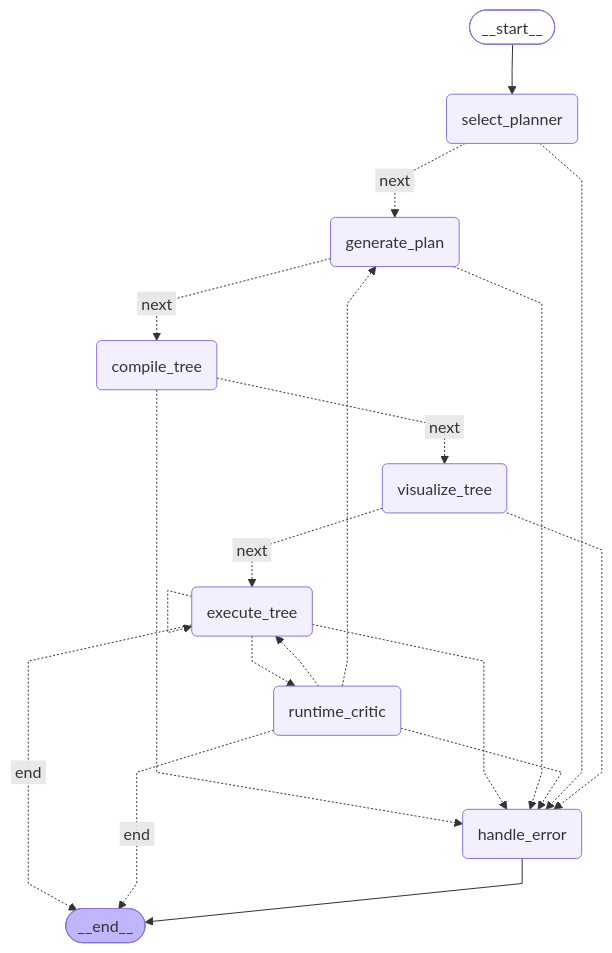
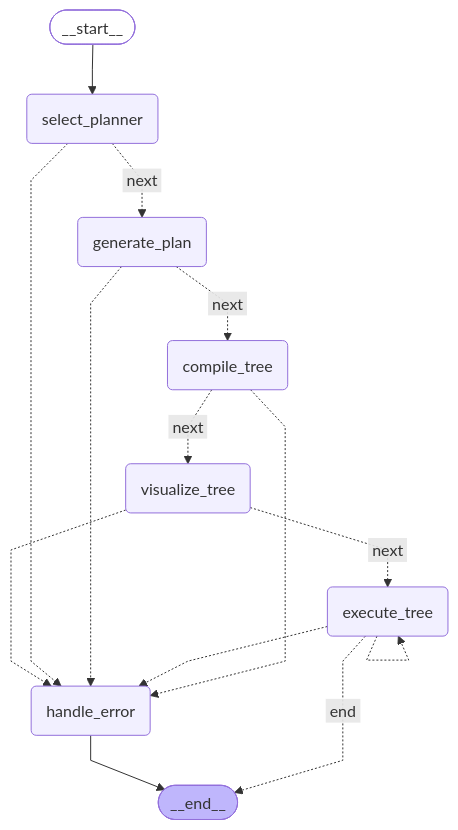
Before and after one commit to bkemp3/AgenticAI-Final-Project-Sandbox: the diagram in Test_Env_1/outputs/graphs/langgraph_pipeline.mmd, drawn with Mermaid. The commit also changed 18 other files, not shown here.

Commit message:
Abstracted out prompts a bit better and made sure graph reflects params.

```diff
--- a/Test_Env_1/outputs/graphs/langgraph_pipeline.mmd
+++ b/Test_Env_1/outputs/graphs/langgraph_pipeline.mmd
@@ -1,36 +1,30 @@
 ---
 config:
   flowchart:
     curve: linear
 ---
 graph TD;
 	__start__([<p>__start__</p>]):::first
 	select_planner(select_planner)
 	generate_plan(generate_plan)
 	compile_tree(compile_tree)
 	visualize_tree(visualize_tree)
 	execute_tree(execute_tree)
-	runtime_critic(runtime_critic)
 	handle_error(handle_error)
 	__end__([<p>__end__</p>]):::last
 	__start__ --> select_planner;
 	compile_tree -.-> handle_error;
 	compile_tree -. &nbsp;next&nbsp; .-> visualize_tree;
 	execute_tree -. &nbsp;end&nbsp; .-> __end__;
 	execute_tree -.-> handle_error;
-	execute_tree -.-> runtime_critic;
 	generate_plan -. &nbsp;next&nbsp; .-> compile_tree;
 	generate_plan -.-> handle_error;
-	runtime_critic -. &nbsp;end&nbsp; .-> __end__;
-	runtime_critic -.-> execute_tree;
-	runtime_critic -.-> generate_plan;
-	runtime_critic -.-> handle_error;
 	select_planner -. &nbsp;next&nbsp; .-> generate_plan;
 	select_planner -.-> handle_error;
 	visualize_tree -. &nbsp;next&nbsp; .-> execute_tree;
 	visualize_tree -.-> handle_error;
 	handle_error --> __end__;
 	execute_tree -.-> execute_tree;
 	classDef default fill:#f2f0ff,line-height:1.2
 	classDef first fill-opacity:0
 	classDef last fill:#bfb6fc
```
